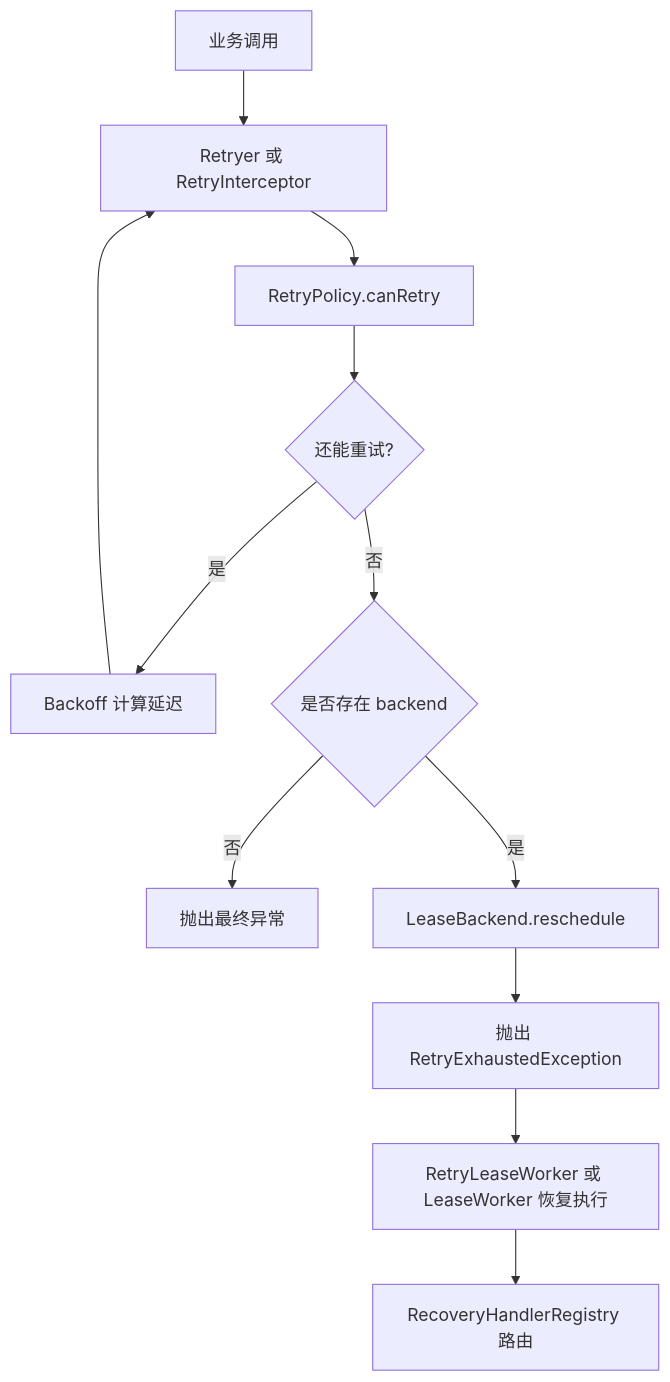
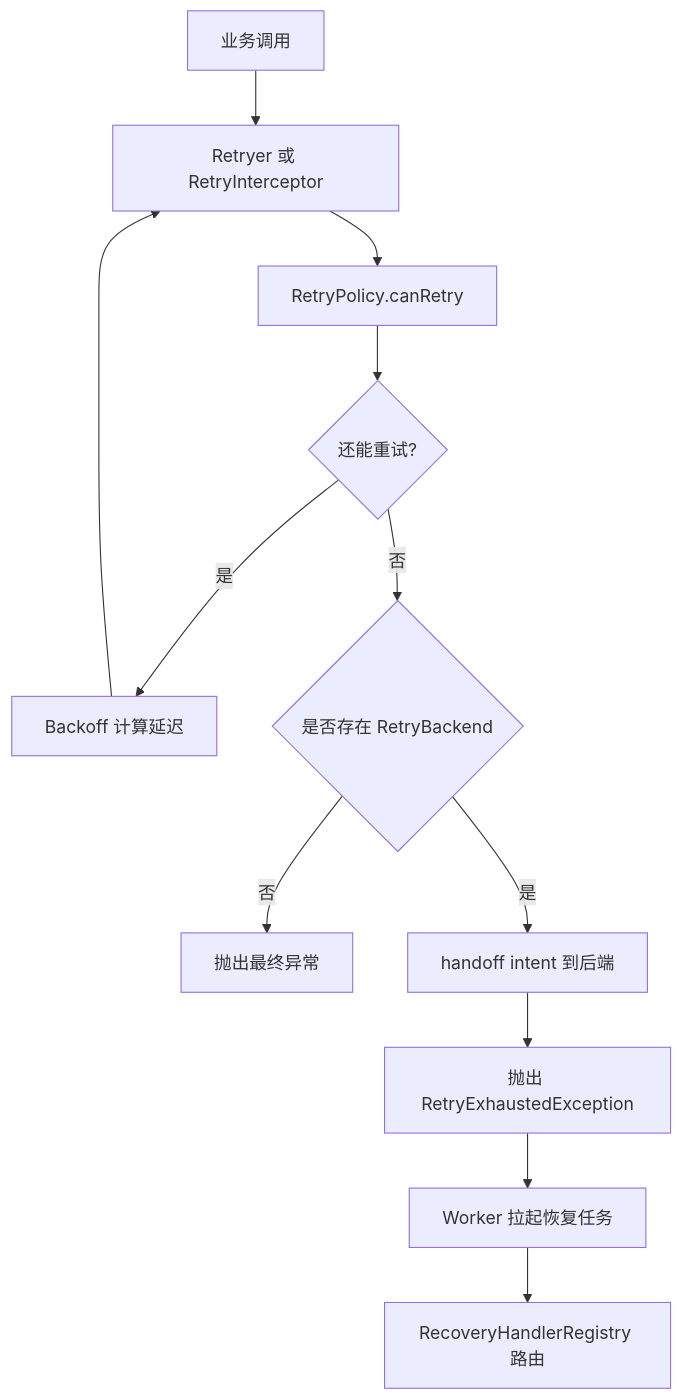
One commit to team4u/team4u-framework changed the diagram in team4u-retry/README.md. Above: the diagram before and after it, drawn with Mermaid. The commit also changed other lines of this file and 18 other files, not shown here.

````diff
--- a/team4u-retry/README.md
+++ b/team4u-retry/README.md
@@ -986,14 +983,14 @@
 ```mermaid
 graph TD
     A[业务调用] --> B[Retryer 或 RetryInterceptor]
     B --> C[RetryPolicy.canRetry]
     C --> D{还能重试?}
     D -->|是| E[Backoff 计算延迟]
     E --> B
-    D -->|否| F{是否存在 backend}
+    D -->|否| F{是否存在 RetryBackend}
     F -->|否| G[抛出最终异常]
-    F -->|是| H[LeaseBackend.reschedule]
+    F -->|是| H[handoff intent 到后端]
     H --> I[抛出 RetryExhaustedException]
-    I --> J[RetryLeaseWorker 或 LeaseWorker 恢复执行]
+    I --> J[Worker 拉起恢复任务]
     J --> K[RecoveryHandlerRegistry 路由]
 ```
````
